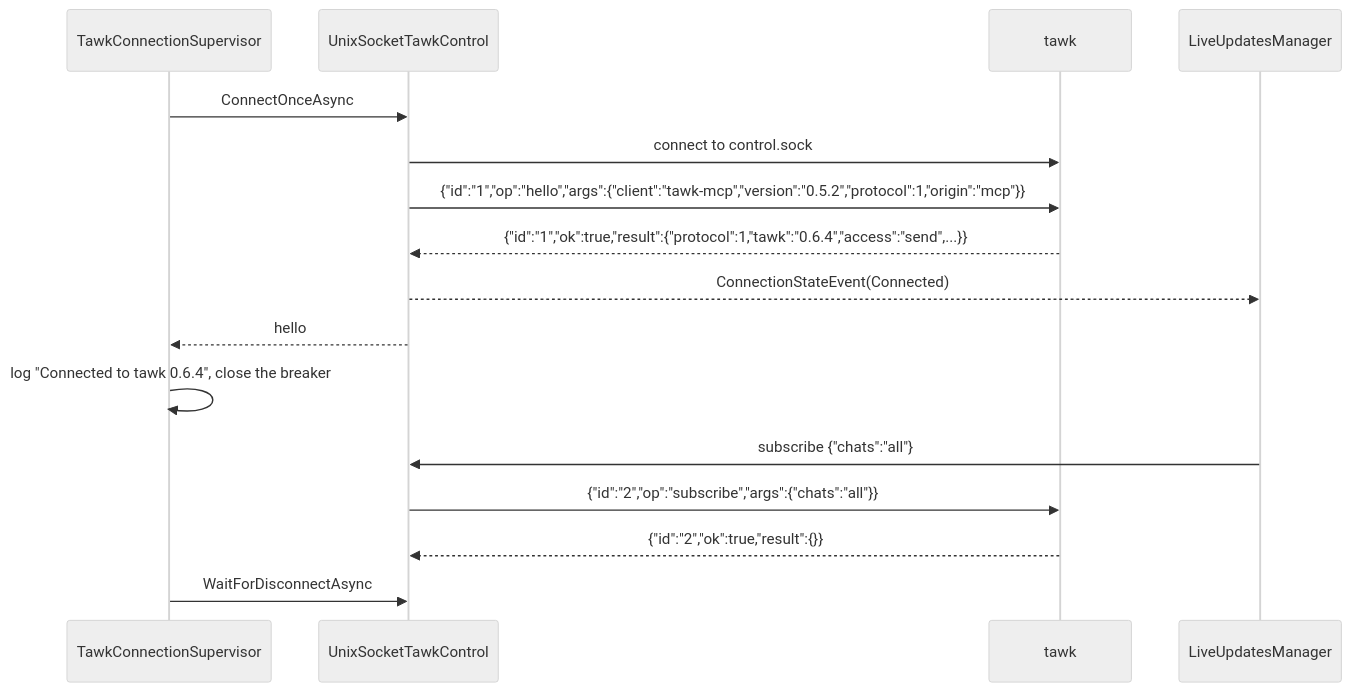
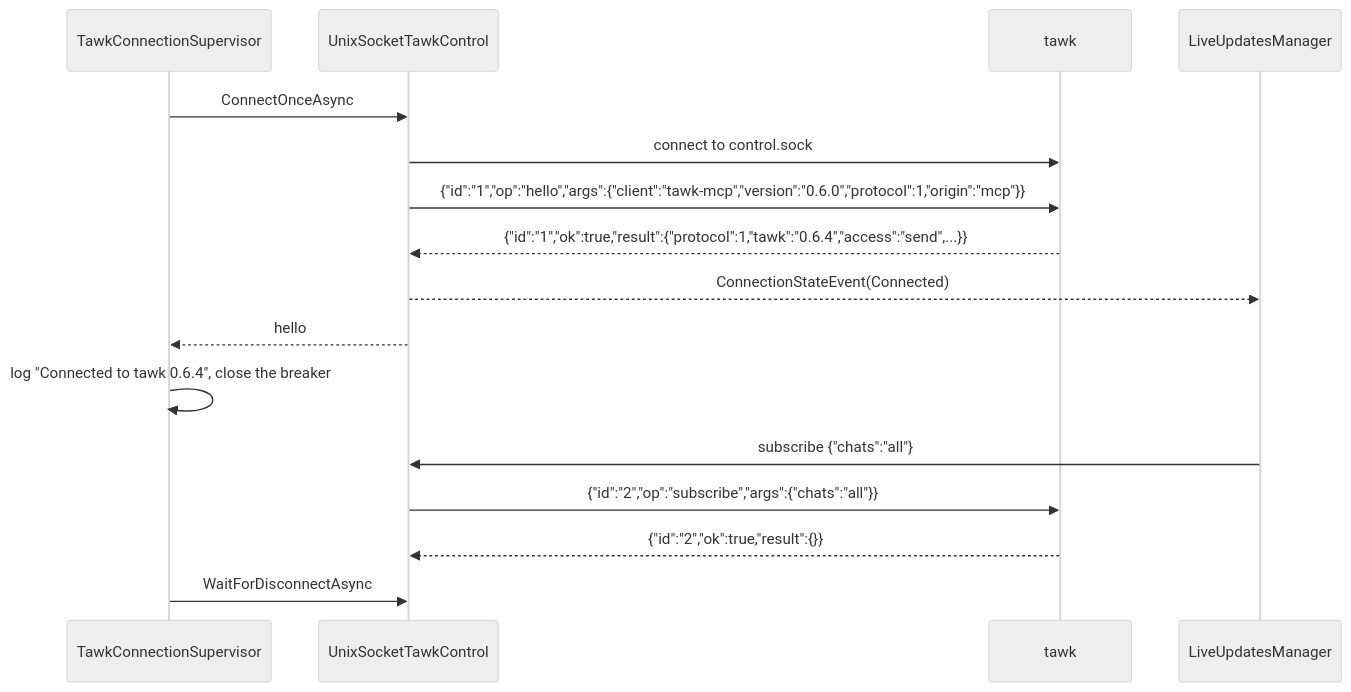
The first of 12 diagrams in HOW_IT_WORKS.md (loganventer/Corvus.Mcp.Server.Tawk), drawn with Mermaid (neutral theme) before and after one commit. The commit also changed 12 other files, not shown here.

````diff
--- a/HOW_IT_WORKS.md
+++ b/HOW_IT_WORKS.md
@@ -29,19 +29,19 @@
 ```mermaid
 sequenceDiagram
     participant S as TawkConnectionSupervisor
     participant C as UnixSocketTawkControl
     participant T as tawk
     participant L as LiveUpdatesManager
 
     S->>C: ConnectOnceAsync
     C->>T: connect to control.sock
-    C->>T: {"id":"1","op":"hello","args":{"client":"tawk-mcp","version":"0.5.2","protocol":1,"origin":"mcp"}}
+    C->>T: {"id":"1","op":"hello","args":{"client":"tawk-mcp","version":"0.6.0","protocol":1,"origin":"mcp"}}
     T-->>C: {"id":"1","ok":true,"result":{"protocol":1,"tawk":"0.6.4","access":"send",...}}
     C-->>L: ConnectionStateEvent(Connected)
     C-->>S: hello
     S->>S: log "Connected to tawk 0.6.4", close the breaker
     L->>C: subscribe {"chats":"all"}
     C->>T: {"id":"2","op":"subscribe","args":{"chats":"all"}}
     T-->>C: {"id":"2","ok":true,"result":{}}
     S->>C: WaitForDisconnectAsync
 ```
````
